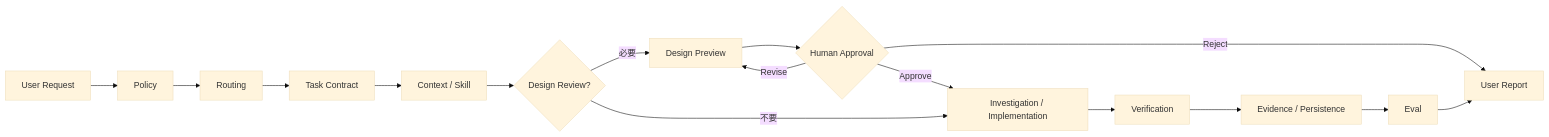
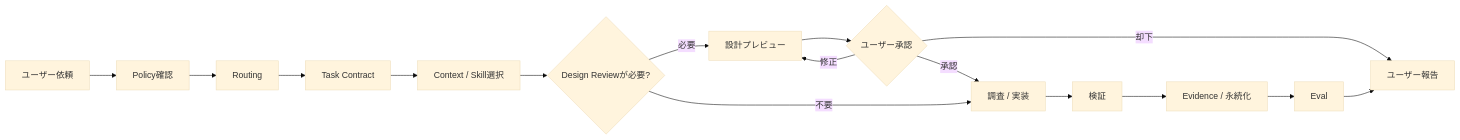
Before and after one commit to DarumaPPAP/UnityAgent: the first of 3 diagrams in README.md, drawn with Mermaid (base theme). The commit also changed other lines of this file and 12 other files, not shown here.

````diff
--- a/README.md
+++ b/README.md
@@ -25,20 +25,20 @@
 ```mermaid
 flowchart LR
-    U[User Request] --> P[Policy]
+    U[ユーザー依頼] --> P[Policy確認]
     P --> R[Routing]
     R --> T[Task Contract]
-    T --> C[Context / Skill]
-    C --> G{Design Review?}
+    T --> C[Context / Skill選択]
+    C --> G{Design Reviewが必要?}
 
-    G -->|必要| D[Design Preview]
-    D --> H{Human Approval}
-    H -->|Revise| D
-    H -->|Approve| X[Investigation / Implementation]
-    H -->|Reject| O[User Report]
+    G -->|必要| D[設計プレビュー]
+    D --> H{ユーザー承認}
+    H -->|修正| D
+    H -->|承認| X[調査 / 実装]
+    H -->|却下| O[ユーザー報告]
 
     G -->|不要| X
-    X --> V[Verification]
-    V --> E[Evidence / Persistence]
+    X --> V[検証]
+    V --> E[Evidence / 永続化]
     E --> Q[Eval]
     Q --> O
 ```
````
